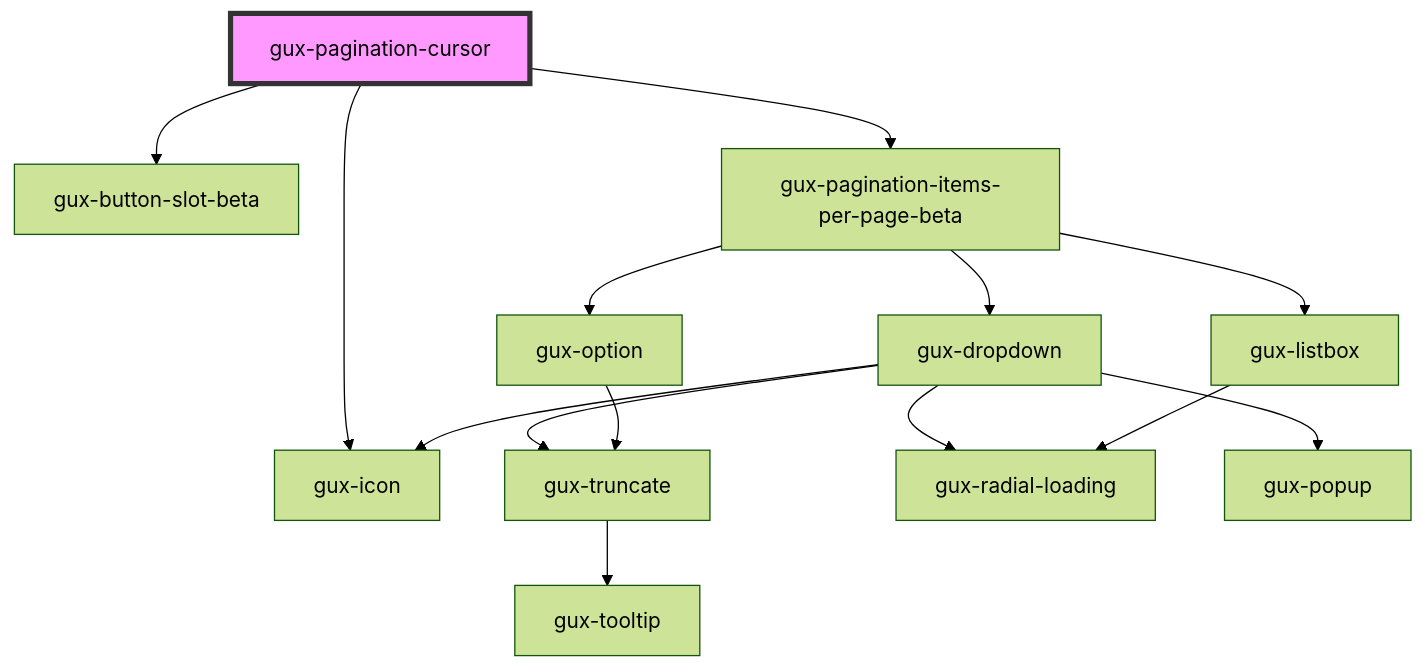
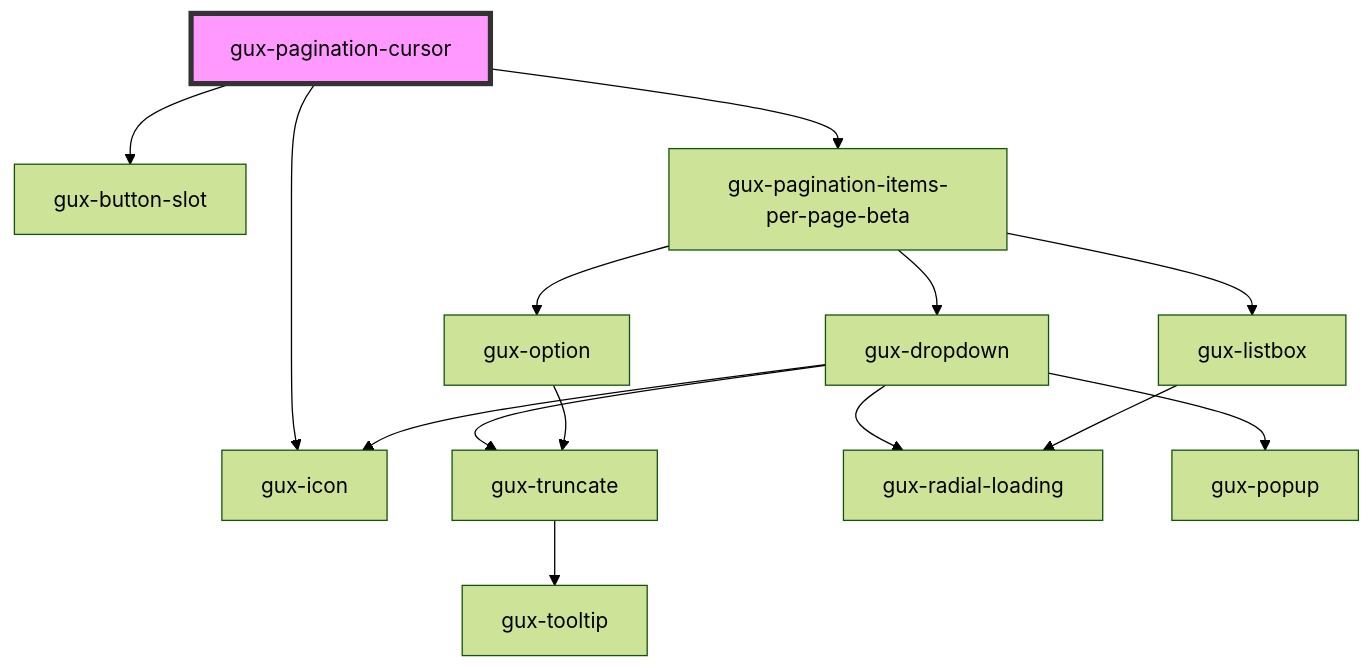
One commit to MyPureCloud/genesys-spark changed the diagram in packages/genesys-spark-components/src/components/stable/gux-pagination-cursor/readme.md. Above: the diagram before and after it, drawn with Mermaid (forest theme). The commit also changed other lines of this file and 73 other files, not shown here.

First line of the commit message:
refactor(gux-button-slot): move to stable

````diff
--- a/packages/genesys-spark-components/src/components/stable/gux-pagination-cursor/readme.md
+++ b/packages/genesys-spark-components/src/components/stable/gux-pagination-cursor/readme.md
@@ -35,17 +35,17 @@
 ```mermaid
 graph TD;
-  gux-pagination-cursor --> gux-button-slot-beta
+  gux-pagination-cursor --> gux-button-slot
   gux-pagination-cursor --> gux-icon
   gux-pagination-cursor --> gux-pagination-items-per-page-beta
   gux-pagination-items-per-page-beta --> gux-dropdown
   gux-pagination-items-per-page-beta --> gux-listbox
   gux-pagination-items-per-page-beta --> gux-option
   gux-dropdown --> gux-truncate
   gux-dropdown --> gux-icon
   gux-dropdown --> gux-radial-loading
   gux-dropdown --> gux-popup
   gux-truncate --> gux-tooltip
   gux-listbox --> gux-radial-loading
   gux-option --> gux-truncate
   style gux-pagination-cursor fill:#f9f,stroke:#333,stroke-width:4px
 ```
````
